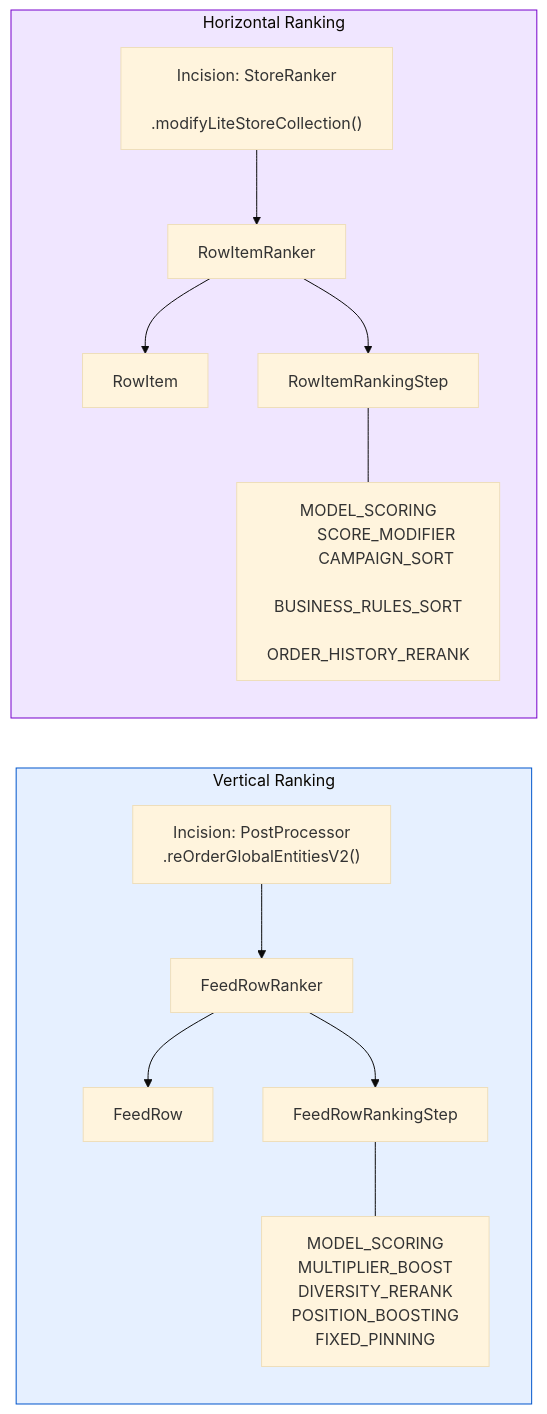
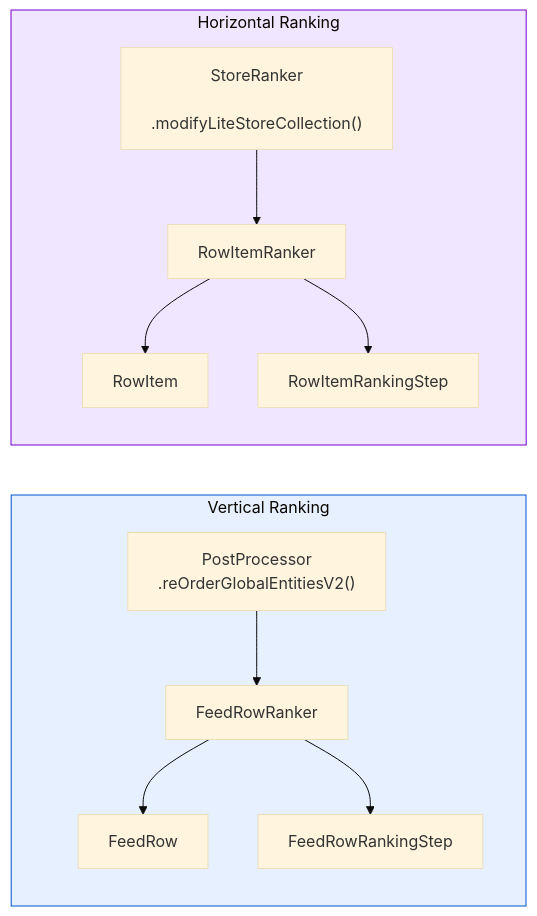
The third of 4 diagrams in unified-blending-platform/spec/rfc-abstraction-layer.md (daniel-fonyo/dd-brain), drawn with Mermaid (base theme) before and after one commit. The commit also changed other lines of this file, not shown here.

First line of the commit message:
RFC v4: add class diagram, simplify all diagrams to show one thing each

````diff
--- a/unified-blending-platform/spec/rfc-abstraction-layer.md
+++ b/unified-blending-platform/spec/rfc-abstraction-layer.md
@@ -361,43 +448,31 @@
 ```mermaid
 flowchart LR
     subgraph vertical["Vertical Ranking"]
         direction TB
+        V_INC["PostProcessor
+        .reOrderGlobalEntitiesV2()"]
+        V_ENG["FeedRowRanker"]
         V_IF["FeedRow"]
         V_STEP["FeedRowRankingStep"]
-        V_TYPES["MODEL_SCORING
-        MULTIPLIER_BOOST
-        DIVERSITY_RERANK
-        POSITION_BOOSTING
-        FIXED_PINNING"]
-        V_ENG["FeedRowRanker"]
-        V_INC["Incision: PostProcessor
-        .reOrderGlobalEntitiesV2()"]
 
         V_INC --> V_ENG
         V_ENG --> V_IF
         V_ENG --> V_STEP
-        V_STEP --- V_TYPES
     end
 
     subgraph horizontal["Horizontal Ranking"]
         direction TB
+        H_INC["StoreRanker
+        .modifyLiteStoreCollection()"]
+        H_ENG["RowItemRanker"]
         H_IF["RowItem"]
         H_STEP["RowItemRankingStep"]
-        H_TYPES["MODEL_SCORING
-        SCORE_MODIFIER
-        CAMPAIGN_SORT
-        BUSINESS_RULES_SORT
-        ORDER_HISTORY_RERANK"]
-        H_ENG["RowItemRanker"]
-        H_INC["Incision: StoreRanker
-        .modifyLiteStoreCollection()"]
 
         H_INC --> H_ENG
         H_ENG --> H_IF
         H_ENG --> H_STEP
-        H_STEP --- H_TYPES
     end
 
     style vertical fill:#e6f0ff,stroke:#0055cc
     style horizontal fill:#f0e6ff,stroke:#7700cc
 ```
````
